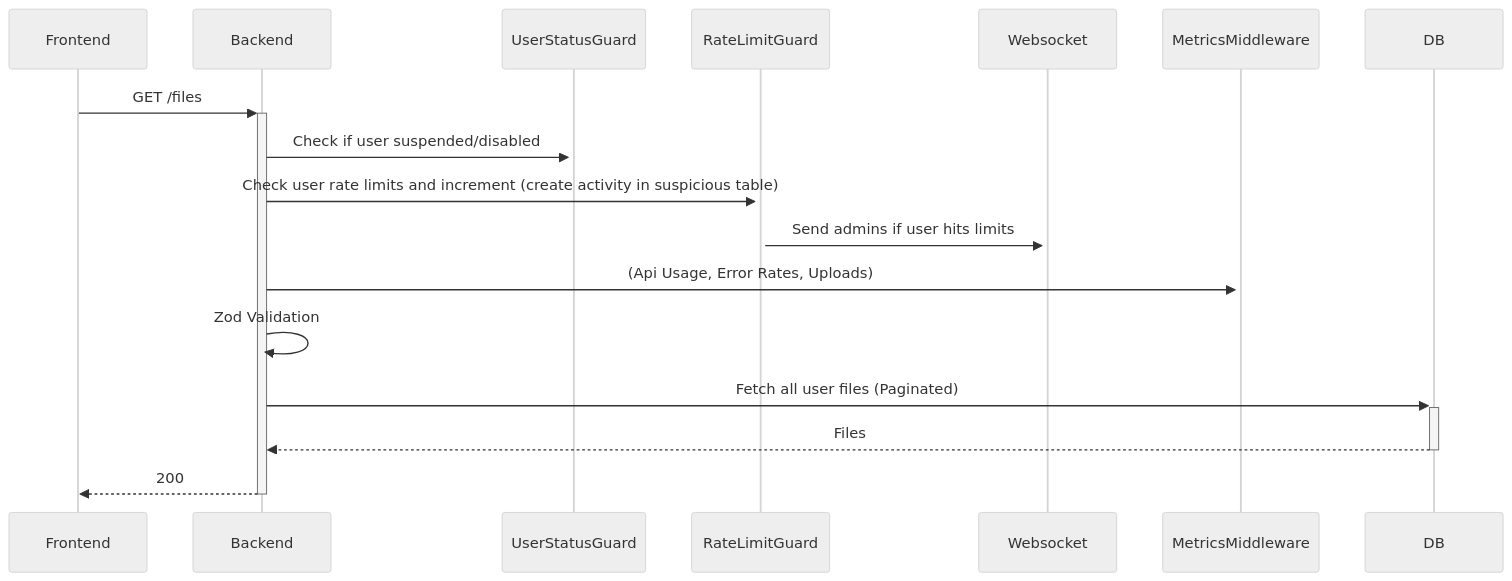
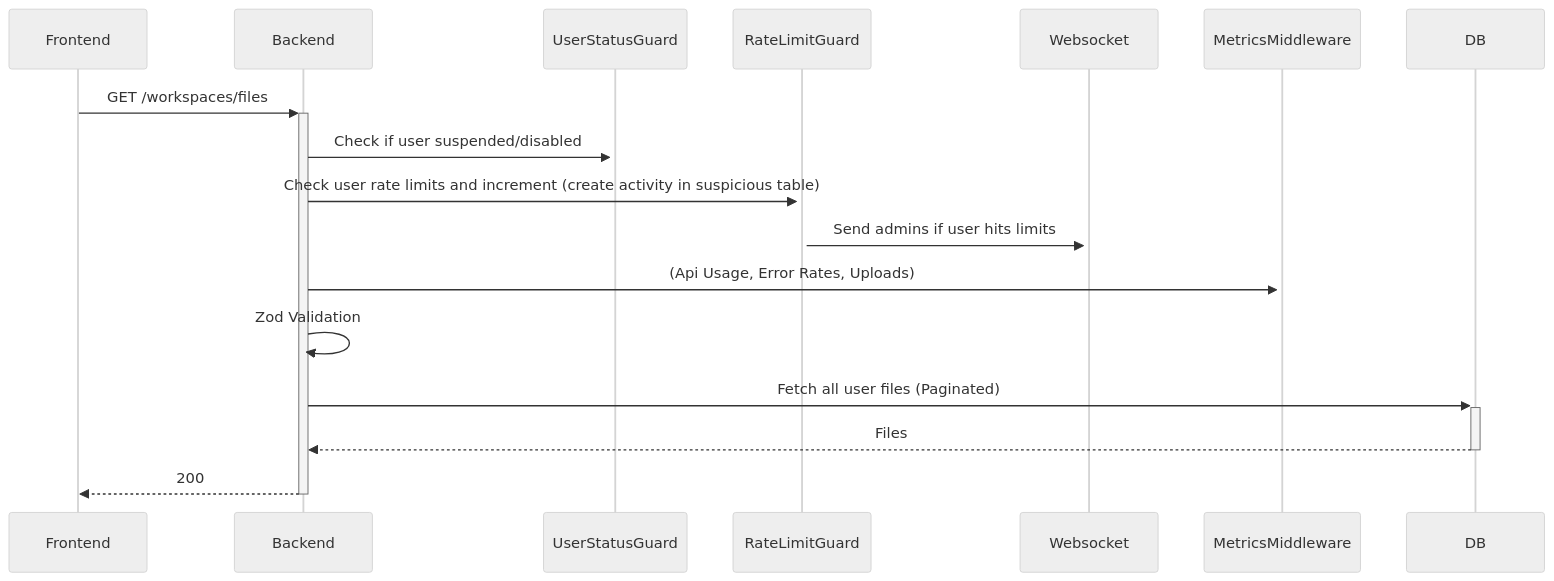
One commit to Xayrulloh/Feedback-Sentiment changed diagram 14 of 33 in README.md. Above: the diagram before and after it, drawn with Mermaid (neutral theme). The commit also changed other lines of this file, not shown here.

````diff
--- a/README.md
+++ b/README.md
@@ -299,12 +379,12 @@
 ```mermaid
 sequenceDiagram
-    Frontend->>+Backend: GET /files
+    Frontend->>+Backend: GET /workspaces/files
     Backend->>+UserStatusGuard: Check if user suspended/disabled
     Backend->>+RateLimitGuard: Check user rate limits and increment (create activity in suspicious table)
     RateLimitGuard->>+Websocket: Send admins if user hits limits
     Backend->>+MetricsMiddleware: (Api Usage, Error Rates, Uploads)
     Backend->>Backend: Zod Validation
     Backend->>+DB: Fetch all user files (Paginated)
     DB-->>-Backend: Files
     Backend-->>-Frontend: 200
 ```
````
